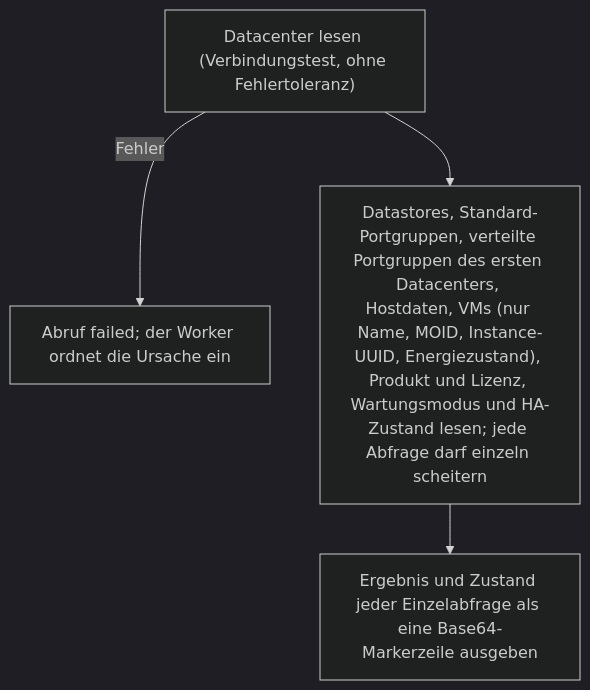
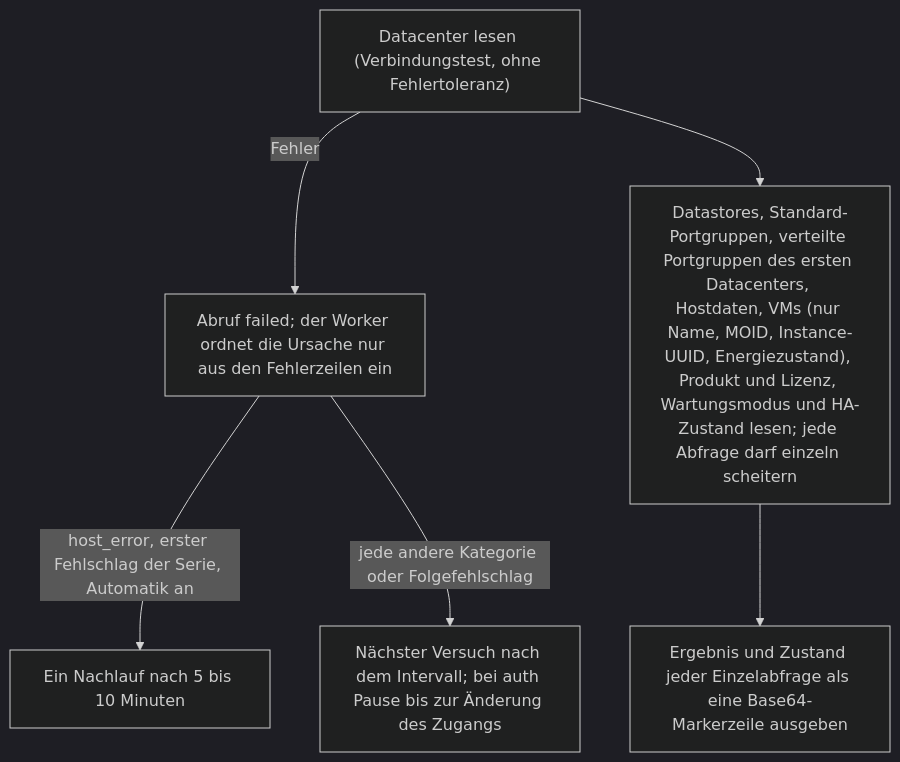
One commit to Samy94M/VirtuSphere-v2-WebApp changed diagram 18 of 18 in docs/operations/deploy-flows.md. Above: the diagram before and after it, drawn with Mermaid (dark theme). The commit also changed other lines of this file and 56 other files, not shown here.

First line of the commit message:
Resume a retry at the failed start or autostart step; name host errors in inventory pulls

````diff
--- a/docs/operations/deploy-flows.md
+++ b/docs/operations/deploy-flows.md
@@ -565,6 +567,8 @@
 ```mermaid
 flowchart TD
-  A["Datacenter lesen (Verbindungstest, ohne Fehlertoleranz)"] -->|Fehler| AX["Abruf failed; der Worker ordnet die Ursache ein"]
+  A["Datacenter lesen (Verbindungstest, ohne Fehlertoleranz)"] -->|Fehler| AX["Abruf failed; der Worker ordnet die Ursache nur aus den Fehlerzeilen ein"]
   A --> B["Datastores, Standard-Portgruppen, verteilte Portgruppen des ersten Datacenters, Hostdaten, VMs (nur Name, MOID, Instance-UUID, Energiezustand), Produkt und Lizenz, Wartungsmodus und HA-Zustand lesen; jede Abfrage darf einzeln scheitern"]
   B --> C["Ergebnis und Zustand jeder Einzelabfrage als eine Base64-Markerzeile ausgeben"]
+  AX -->|host_error, erster Fehlschlag der Serie, Automatik an| F["Ein Nachlauf nach 5 bis 10 Minuten"]
+  AX -->|jede andere Kategorie oder Folgefehlschlag| G["Nächster Versuch nach dem Intervall; bei auth Pause bis zur Änderung des Zugangs"]
 ```
````
